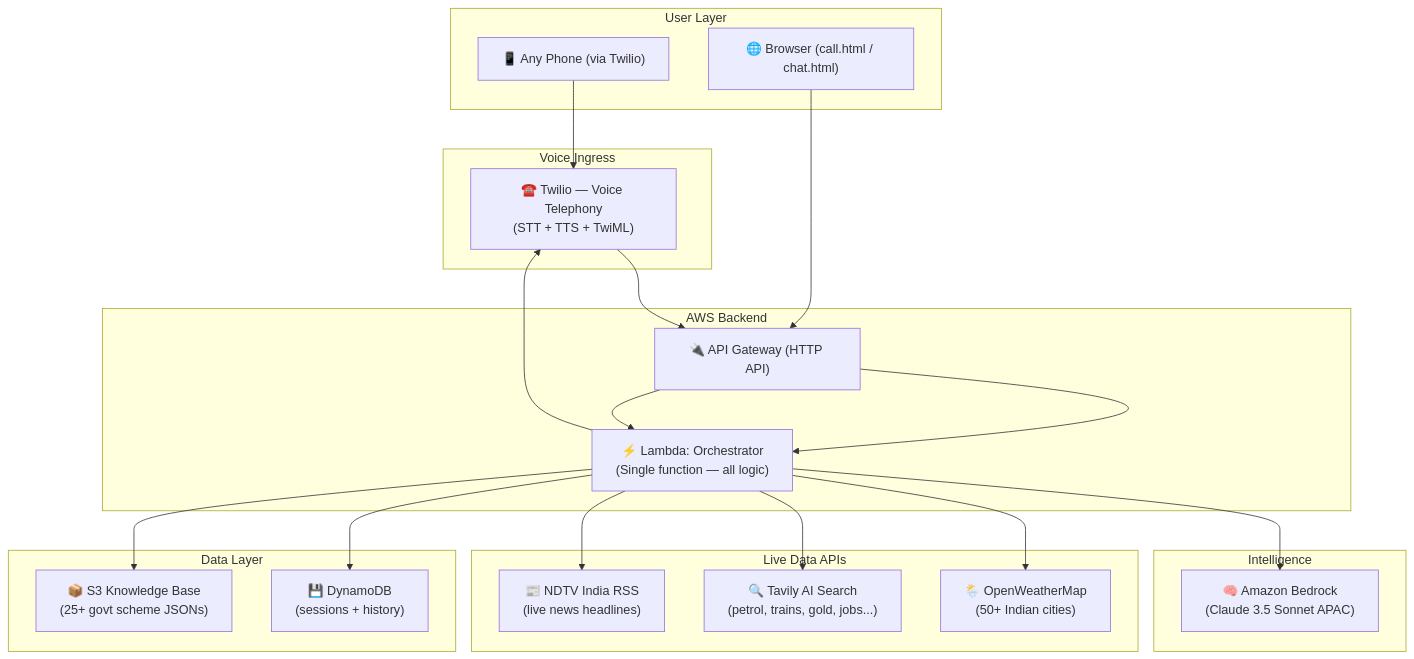
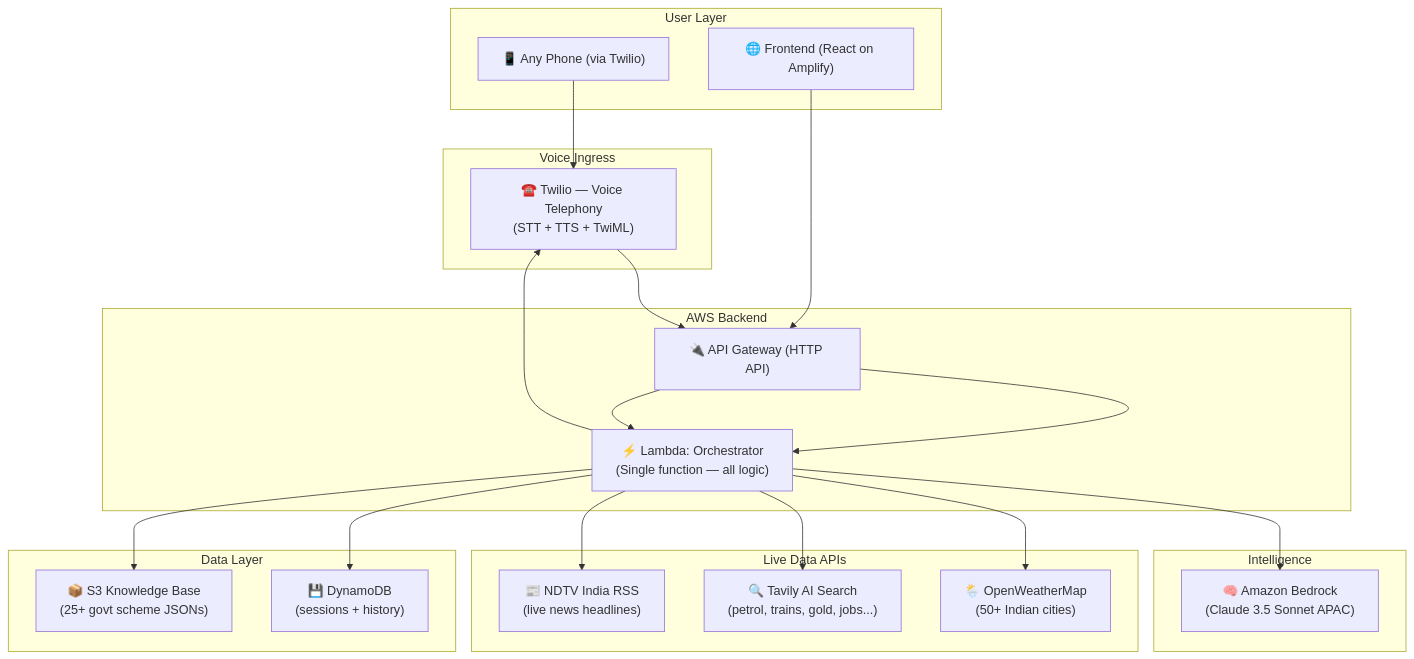
Before and after one commit to piyush-lingwal/BharatVani: the first of 3 diagrams in ARCHITECTURE.md, drawn with Mermaid. The commit also changed other lines of this file and 63 other files, not shown here.

First line of the commit message:
feat: Add landing page frontend, live demo, interactive toll-free number & deploy to Amplify

````diff
--- a/ARCHITECTURE.md
+++ b/ARCHITECTURE.md
@@ -11,41 +11,41 @@
 ```mermaid
 graph TB
     subgraph "User Layer"
         U["📱 Any Phone (via Twilio)"]
-        W["🌐 Browser (call.html / chat.html)"]
+        W["🌐 Frontend (React on Amplify)"]
     end
 
     subgraph "Voice Ingress"
         TW["☎️ Twilio — Voice Telephony\n(STT + TTS + TwiML)"]
     end
 
     subgraph "AWS Backend"
         AG["🔌 API Gateway (HTTP API)"]
         LM["⚡ Lambda: Orchestrator\n(Single function — all logic)"]
     end
 
     subgraph "Intelligence"
         BR["🧠 Amazon Bedrock\n(Claude 3.5 Sonnet APAC)"]
     end
 
     subgraph "Live Data APIs"
         OW["🌦️ OpenWeatherMap\n(50+ Indian cities)"]
         TV["🔍 Tavily AI Search\n(petrol, trains, gold, jobs...)"]
         ND["📰 NDTV India RSS\n(live news headlines)"]
     end
 
     subgraph "Data Layer"
         DDB["💾 DynamoDB\n(sessions + history)"]
         S3["📦 S3 Knowledge Base\n(25+ govt scheme JSONs)"]
     end
 
     U --> TW --> AG --> LM
     W --> AG --> LM
     LM --> BR
     LM --> OW
     LM --> TV
     LM --> ND
     LM --> DDB
     LM --> S3
     LM --> TW
 ```
````
